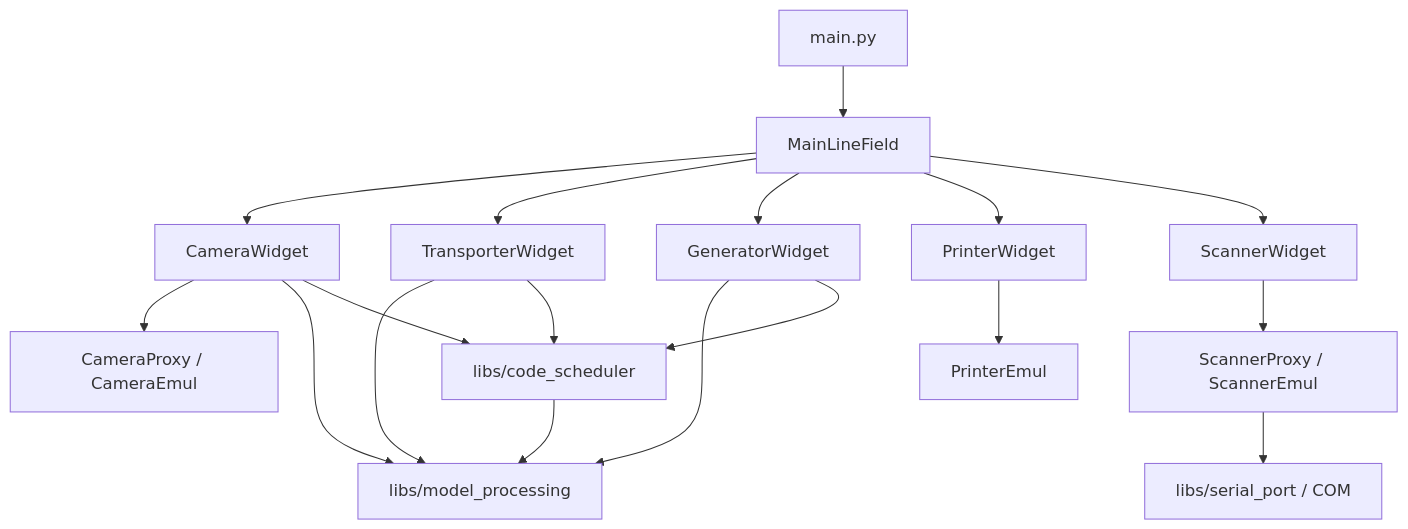
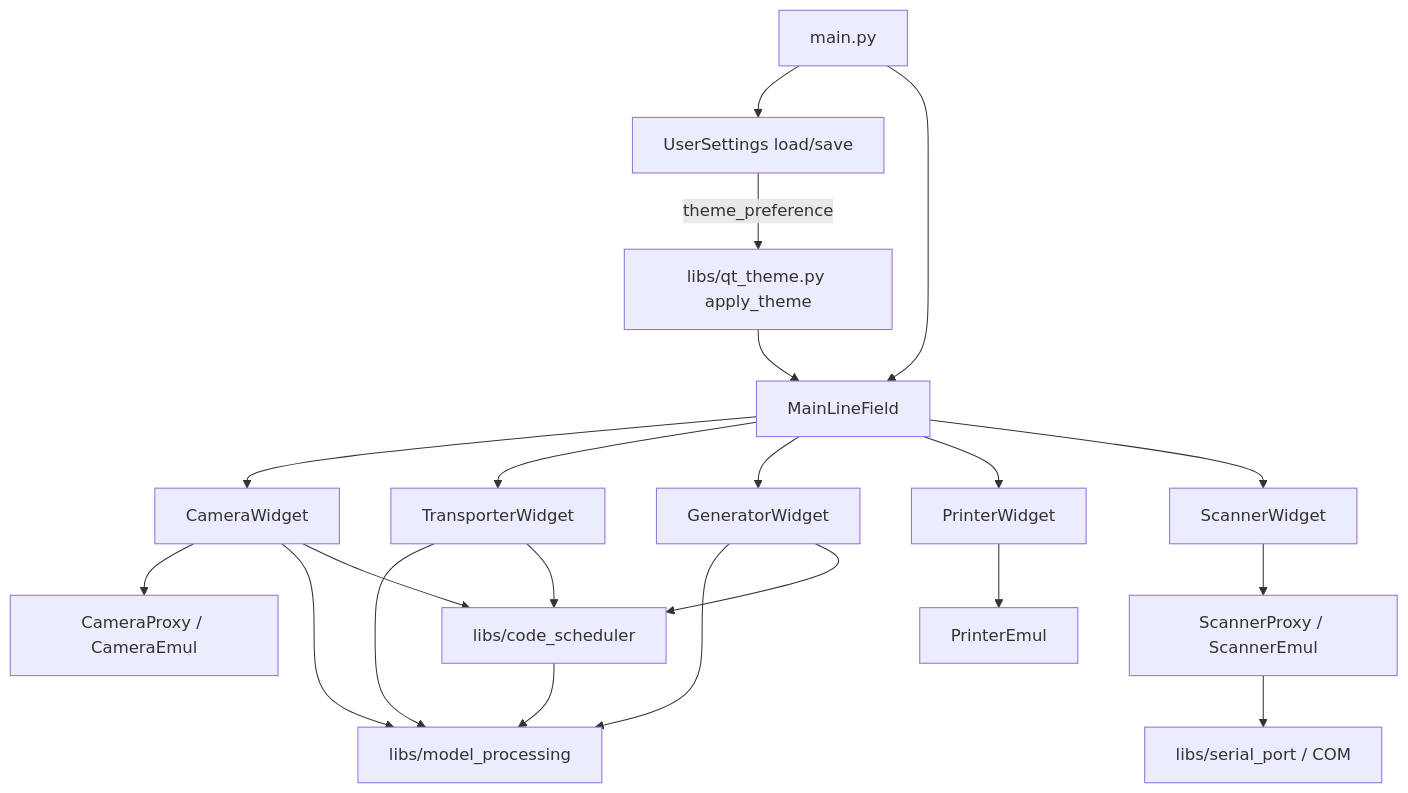
One commit to Kellerian/ProdLineVirt changed the first of 5 diagrams in docs/line_emulator/line_emulator.md. Above: the diagram before and after it, drawn with Mermaid. The commit also changed other lines of this file and 111 other files, not shown here.

````diff
--- a/docs/line_emulator/line_emulator.md
+++ b/docs/line_emulator/line_emulator.md
@@ -18,20 +19,23 @@
 ```mermaid
 flowchart TB
-    main["main.py"] --> mlf["MainLineField"]
+    main["main.py"] --> usr["UserSettings load/save"]
+    main --> mlf["MainLineField"]
+    usr -->|"theme_preference"| theme["libs/qt_theme.py apply_theme"]
+    theme --> mlf
     mlf --> cam["CameraWidget"]
     mlf --> trn["TransporterWidget"]
     mlf --> gen["GeneratorWidget"]
     mlf --> prn["PrinterWidget"]
     mlf --> scn["ScannerWidget"]
     cam --> proxy["CameraProxy / CameraEmul"]
     scn --> sproxy["ScannerProxy / ScannerEmul"]
     prn --> pemul["PrinterEmul"]
     sproxy --> serial["libs/serial_port / COM"]
     cam --> mp["libs/model_processing"]
     trn --> mp
     gen --> mp
     cam --> cs["libs/code_scheduler"]
     trn --> cs
     gen --> cs
     cs --> mp
 ```
````
